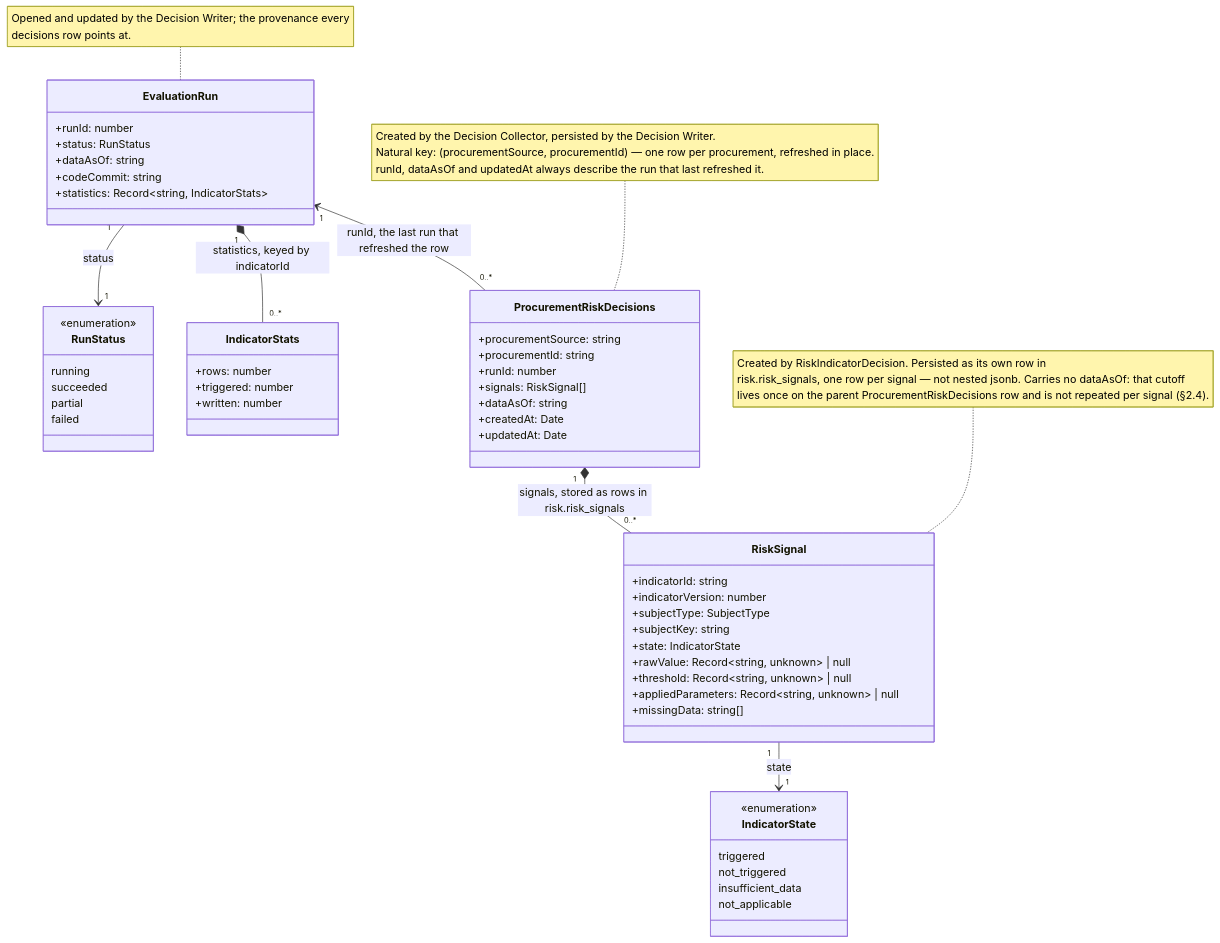
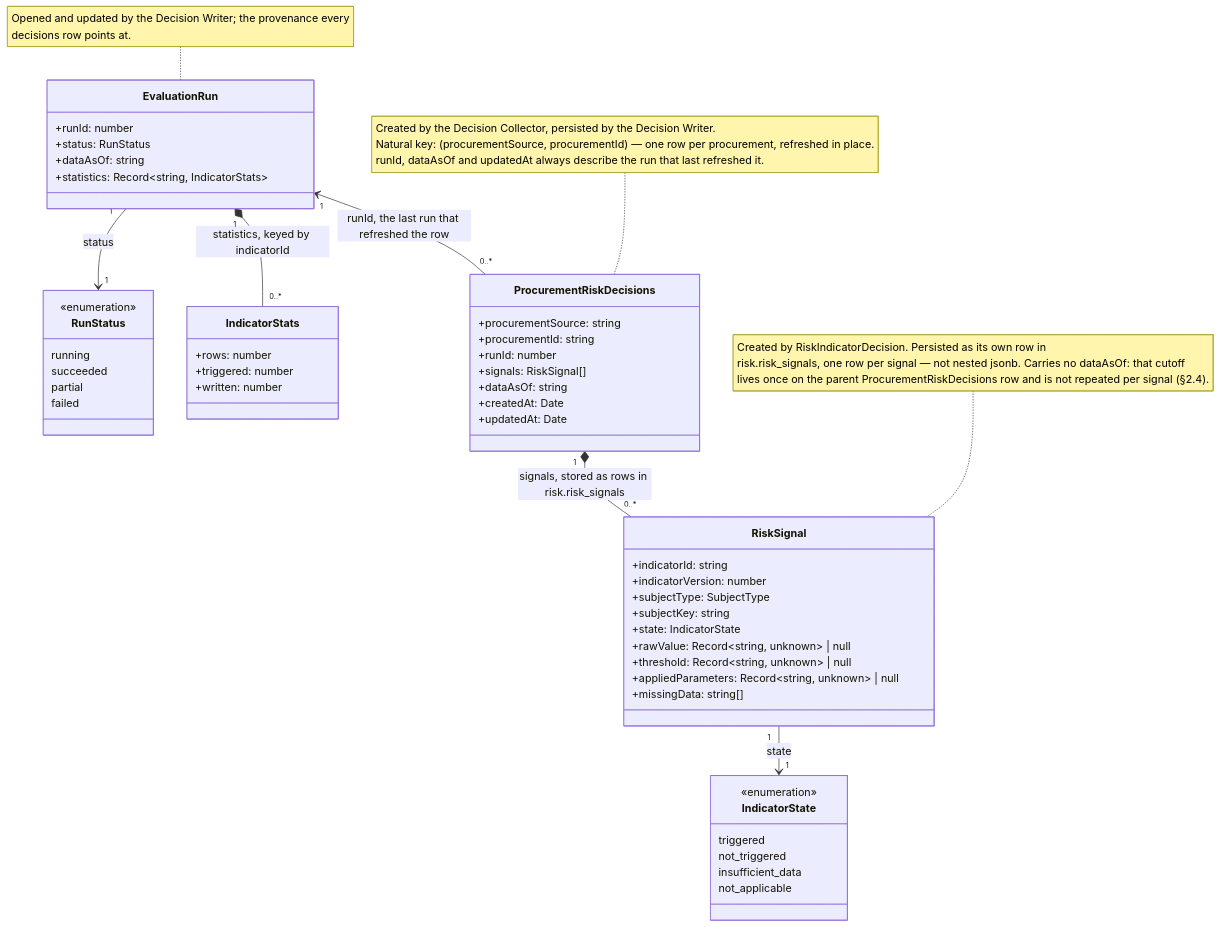
One commit to Viespirkiu-grupe/viespirkiai changed the fourth of 5 diagrams in docs/indicators-story/risk-service-architecture.md. Above: the diagram before and after it, drawn with Mermaid. The commit also changed other lines of this file and 11 other files, not shown here.

Commit message:
flattened sql schema, remove unnecessary fields

````diff
--- a/docs/indicators-story/risk-service-architecture.md
+++ b/docs/indicators-story/risk-service-architecture.md
@@ -214,68 +213,67 @@
 ```mermaid
 classDiagram
     class ProcurementRiskDecisions {
         +procurementSource: string
         +procurementId: string
         +runId: number
         +signals: RiskSignal[]
         +dataAsOf: string
         +createdAt: Date
         +updatedAt: Date
     }
     note for ProcurementRiskDecisions "Created by the Decision Collector, persisted by the Decision Writer.
     Natural key: (procurementSource, procurementId) — one row per procurement, refreshed in place.
     runId, dataAsOf and updatedAt always describe the run that last refreshed it."
 
     class RiskSignal {
         +indicatorId: string
         +indicatorVersion: number
         +subjectType: SubjectType
         +subjectKey: string
         +state: IndicatorState
         +rawValue: Record~string, unknown~ | null
         +threshold: Record~string, unknown~ | null
         +appliedParameters: Record~string, unknown~ | null
         +missingData: string[]
     }
     note for RiskSignal "Created by RiskIndicatorDecision. Persisted as its own row in
     risk.risk_signals, one row per signal — not nested jsonb. Carries no dataAsOf: that cutoff
     lives once on the parent ProcurementRiskDecisions row and is not repeated per signal (§2.4)."
 
     class IndicatorState {
         <<enumeration>>
         triggered
         not_triggered
         insufficient_data
         not_applicable
     }
 
     class EvaluationRun {
         +runId: number
         +status: RunStatus
         +dataAsOf: string
-        +codeCommit: string
         +statistics: Record~string, IndicatorStats~
     }
     note for EvaluationRun "Opened and updated by the Decision Writer; the provenance every
     decisions row points at."
 
     class IndicatorStats {
         +rows: number
         +triggered: number
         +written: number
     }
 
     class RunStatus {
         <<enumeration>>
         running
         succeeded
         partial
         failed
     }
 
     EvaluationRun "1" --> "1" RunStatus: status
     EvaluationRun "1" *-- "0..*" IndicatorStats: statistics, keyed by indicatorId
     EvaluationRun "1" <-- "0..*" ProcurementRiskDecisions: runId, the last run that refreshed the row
     ProcurementRiskDecisions "1" *-- "0..*" RiskSignal: signals, stored as rows in risk.risk_signals
     RiskSignal "1" --> "1" IndicatorState: state
 ```
````
